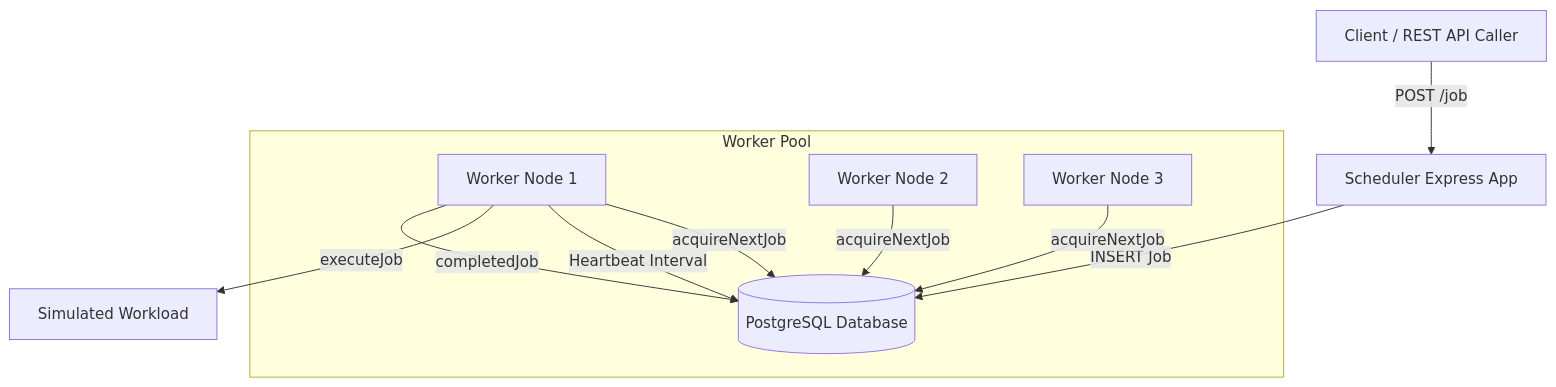
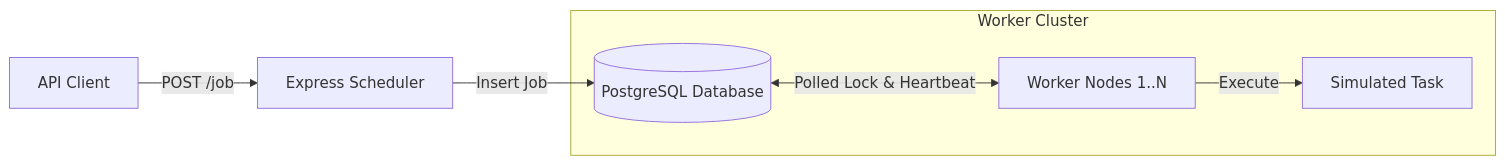
The first of 2 diagrams in ARCHITECTURE.md (va18hav/distributed-job-scheduler), drawn with Mermaid before and after one commit. The commit also changed other lines of this file, not shown here.

Commit message:
Fixed the architecture diagrams

````diff
--- a/ARCHITECTURE.md
+++ b/ARCHITECTURE.md
@@ -11,15 +11,10 @@
 ```mermaid
-graph TD
-    Client[Client / REST API Caller] -->|POST /job| Scheduler[Scheduler Express App]
-    Scheduler -->|INSERT Job| DB[(PostgreSQL Database)]
+graph LR
+    Client[API Client] -->|POST /job| Scheduler[Express Scheduler]
+    Scheduler -->|Insert Job| DB[(PostgreSQL Database)]
     
-    subgraph Worker Pool
-        Worker1[Worker Node 1] -->|acquireNextJob| DB
-        Worker2[Worker Node 2] -->|acquireNextJob| DB
-        Worker3[Worker Node 3] -->|acquireNextJob| DB
+    subgraph Worker Cluster
+        DB <-->|Polled Lock & Heartbeat| Workers[Worker Nodes 1..N]
+        Workers -->|Execute| Task[Simulated Task]
     end
-    
-    Worker1 -->|Heartbeat Interval| DB
-    Worker1 -->|executeJob| SimulatedTask[Simulated Workload]
-    Worker1 -->|completedJob| DB
 ```
````
